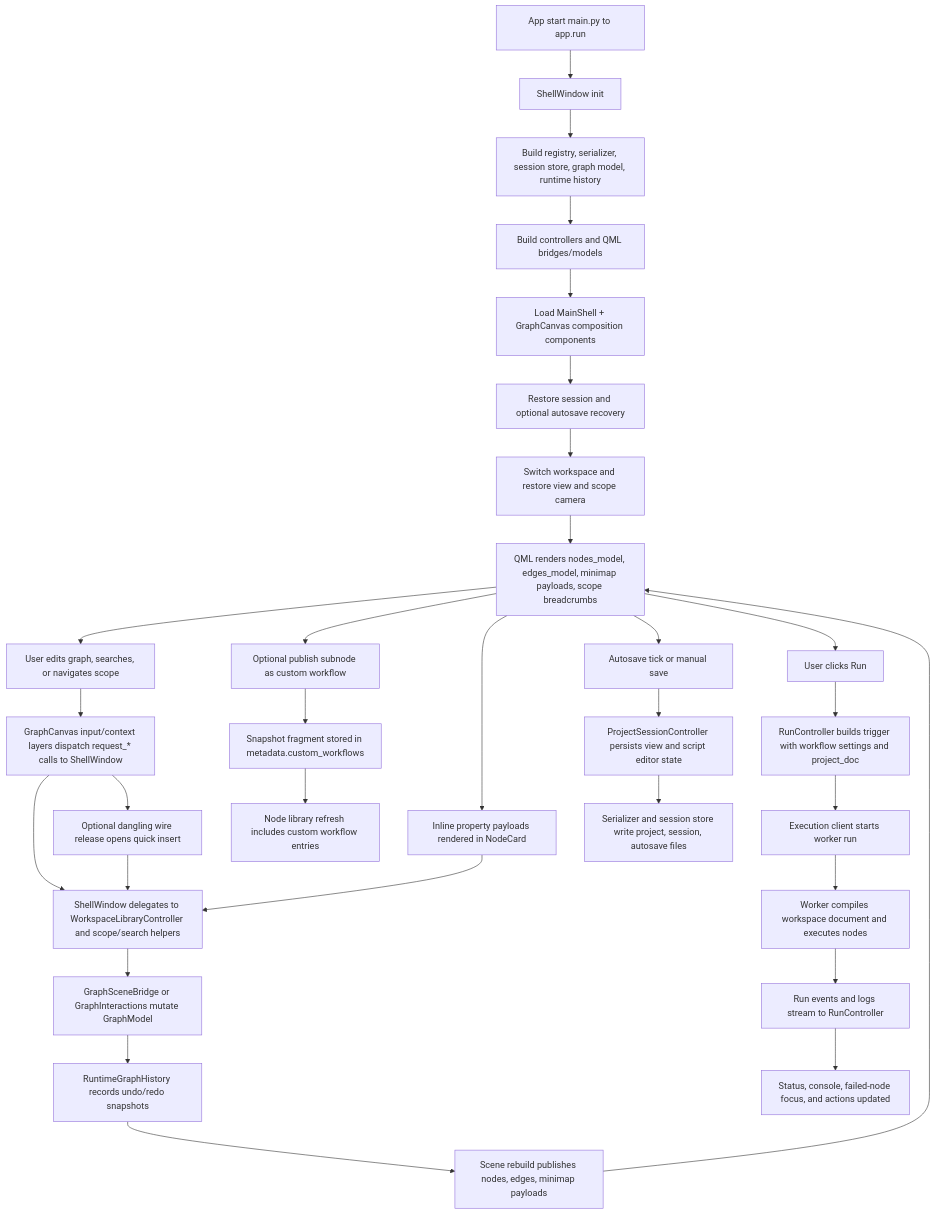
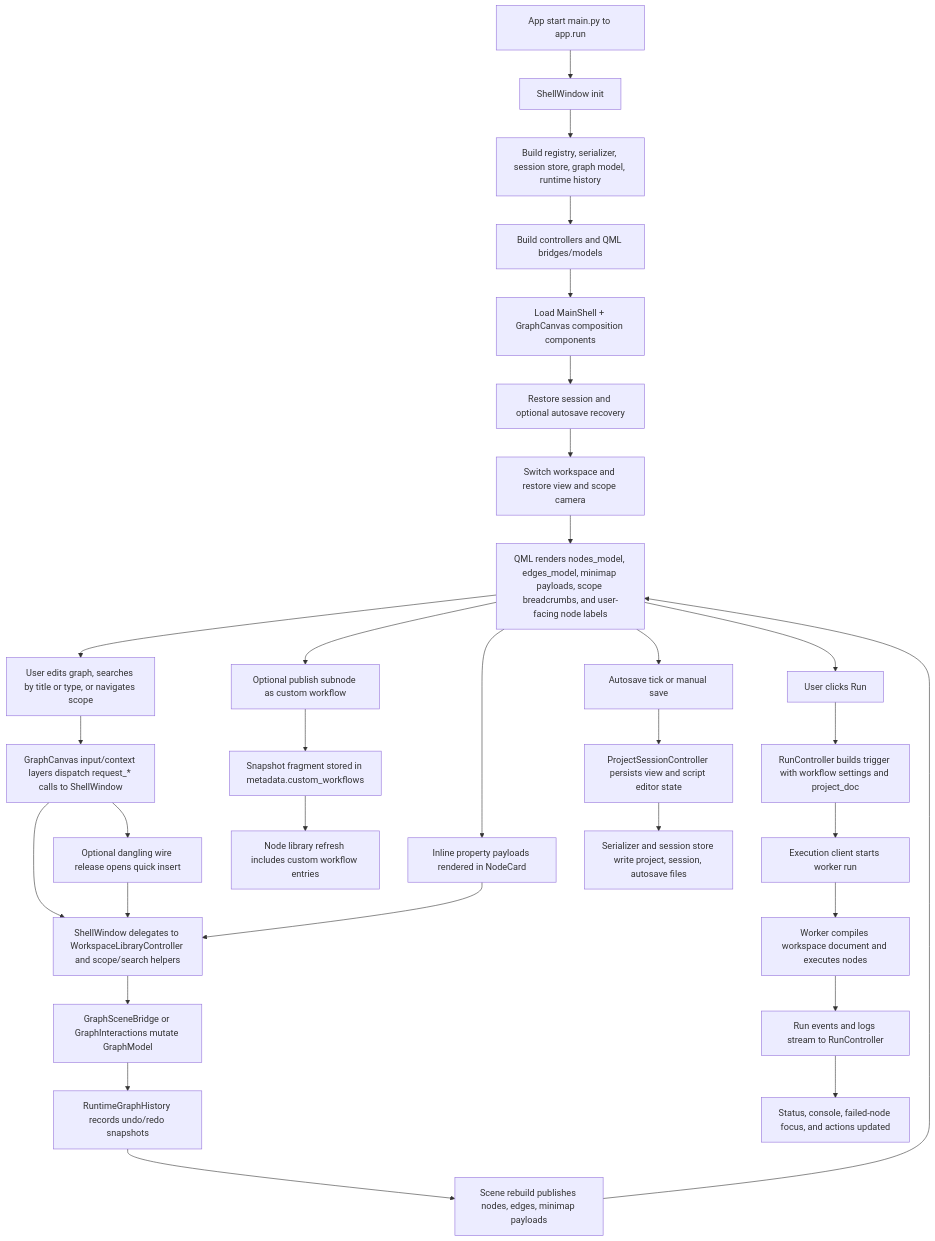
The diagram in docs/architecture_diagrams/runtime_pipeline.mmd (emreatay993/EA_Node), drawn with Mermaid before and after one commit. The commit also changed 18 other files, not shown here.

First line of the commit message:
Refine user-facing node identity across shell surfaces

```diff
--- a/docs/architecture_diagrams/runtime_pipeline.mmd
+++ b/docs/architecture_diagrams/runtime_pipeline.mmd
@@ -1,36 +1,36 @@
 flowchart TD
     A[App start main.py to app.run] --> B[ShellWindow init]
     B --> C[Build registry, serializer, session store, graph model, runtime history]
     C --> D[Build controllers and QML bridges/models]
     D --> E[Load MainShell + GraphCanvas composition components]
     E --> F[Restore session and optional autosave recovery]
     F --> G[Switch workspace and restore view and scope camera]
-    G --> H[QML renders nodes_model, edges_model, minimap payloads, scope breadcrumbs]
+    G --> H[QML renders nodes_model, edges_model, minimap payloads, scope breadcrumbs, and user-facing node labels]
 
-    H --> I[User edits graph, searches, or navigates scope]
+    H --> I[User edits graph, searches by title or type, or navigates scope]
     I --> J[GraphCanvas input/context layers dispatch request_* calls to ShellWindow]
     J --> K[ShellWindow delegates to WorkspaceLibraryController and scope/search helpers]
     J --> KQ[Optional dangling wire release opens quick insert]
     KQ --> K
     K --> L[GraphSceneBridge or GraphInteractions mutate GraphModel]
     L --> M[RuntimeGraphHistory records undo/redo snapshots]
     M --> N[Scene rebuild publishes nodes, edges, minimap payloads]
     N --> H
 
     H --> IQ[Inline property payloads rendered in NodeCard]
     IQ --> K
 
     H --> O[Optional publish subnode as custom workflow]
     O --> P[Snapshot fragment stored in metadata.custom_workflows]
     P --> Q[Node library refresh includes custom workflow entries]
 
     H --> R[User clicks Run]
     R --> S[RunController builds trigger with workflow settings and project_doc]
     S --> T[Execution client starts worker run]
     T --> U[Worker compiles workspace document and executes nodes]
     U --> V[Run events and logs stream to RunController]
     V --> W[Status, console, failed-node focus, and actions updated]
 
     H --> X[Autosave tick or manual save]
     X --> Y[ProjectSessionController persists view and script editor state]
     Y --> Z[Serializer and session store write project, session, autosave files]
```
